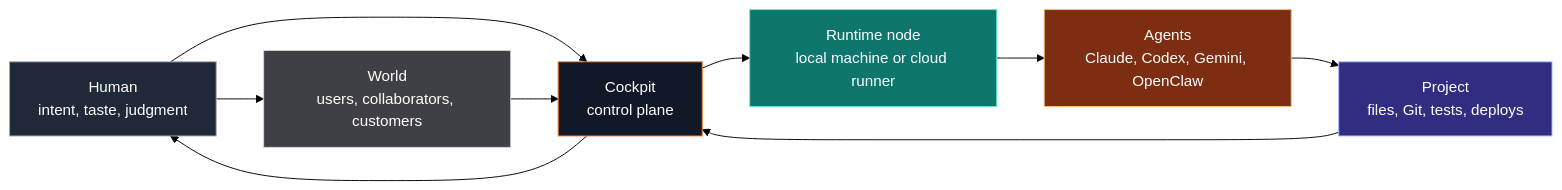
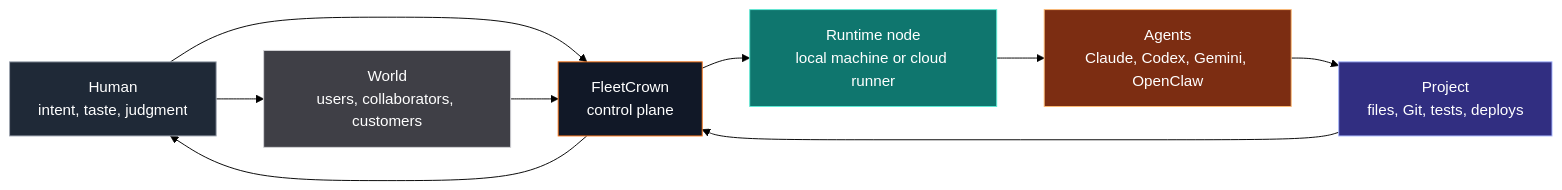
One commit to bitbaum/fleetcrown changed the first of 7 diagrams in content/thoughts/from-localhost-to-a-portable-creation-cockpit.md. Above: the diagram before and after it, drawn with Mermaid (forest theme). The commit also changed other lines of this file and 37 other files, not shown here.

First line of the commit message:
docs(brand): finish Cockpit → FleetCrown rebrand sweep across docs/thoughts/legal/src

````diff
--- a/content/thoughts/from-localhost-to-a-portable-creation-cockpit.md
+++ b/content/thoughts/from-localhost-to-a-portable-creation-cockpit.md
@@ -38,25 +38,25 @@
 ```mermaid
 flowchart LR
     Human["Human\nintent, taste, judgment"]
-    Cockpit["Cockpit\ncontrol plane"]
+    FleetCrown["FleetCrown\ncontrol plane"]
     Runtime["Runtime node\nlocal machine or cloud runner"]
     Agents["Agents\nClaude, Codex, Gemini, OpenClaw"]
     Repo["Project\nfiles, Git, tests, deploys"]
     World["World\nusers, collaborators, customers"]
 
-    Human --> Cockpit
-    Cockpit --> Runtime
+    Human --> FleetCrown
+    FleetCrown --> Runtime
     Runtime --> Agents
     Agents --> Repo
-    Repo --> Cockpit
-    Cockpit --> Human
+    Repo --> FleetCrown
+    FleetCrown --> Human
     Human --> World
-    World --> Cockpit
+    World --> FleetCrown
 
     style Human fill:#1f2937,stroke:#9ca3af,color:#fff
-    style Cockpit fill:#111827,stroke:#f97316,color:#fff
+    style FleetCrown fill:#111827,stroke:#f97316,color:#fff
     style Runtime fill:#0f766e,stroke:#5eead4,color:#fff
     style Agents fill:#7c2d12,stroke:#fdba74,color:#fff
     style Repo fill:#312e81,stroke:#a5b4fc,color:#fff
     style World fill:#3f3f46,stroke:#d4d4d8,color:#fff
 ```
````
